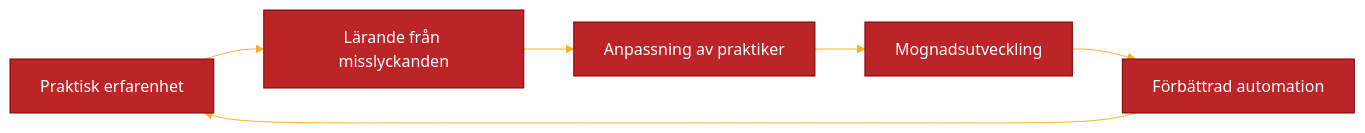
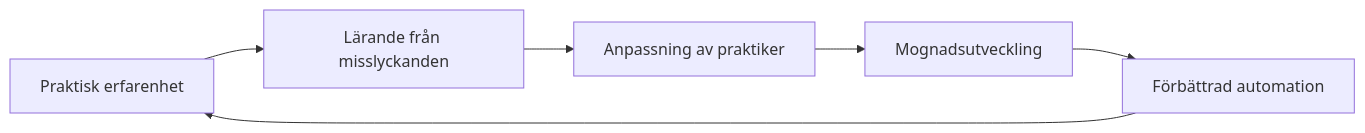
Before and after one commit to Geonitab/architecture_as_code: the diagram in docs/images/diagram_22_continuous_improvement.mmd, drawn with Mermaid. The commit also changed 46 other files, not shown here.

Commit message:
Align Mermaid visuals with accessible Kvadrat theme

```diff
--- a/docs/images/diagram_22_continuous_improvement.mmd
+++ b/docs/images/diagram_22_continuous_improvement.mmd
@@ -1,17 +1,6 @@
----
-config:
-  theme: 'base'
-  themeVariables:
-    primaryColor: '#BB2528'
-    primaryTextColor: '#fff'
-    primaryBorderColor: '#7C0000'
-    lineColor: '#F8B229'
-    secondaryColor: '#006100'
-    tertiaryColor: '#fff'
----
 graph LR
-    A[Praktisk erfarenhet] --> B[Lärande från misslyckanden]
-    B --> C[Anpassning av praktiker]
-    C --> D[Mognadsutveckling]
-    D --> E[Förbättrad automation]
+    A[Praktisk erfarenhet]:::kv-primary --> B[Lärande från misslyckanden]:::kv-highlight
+    B --> C[Anpassning av praktiker]:::kv-accent
+    C --> D[Mognadsutveckling]:::kv-accent
+    D --> E[Förbättrad automation]:::kv-primary
     E --> A
```
